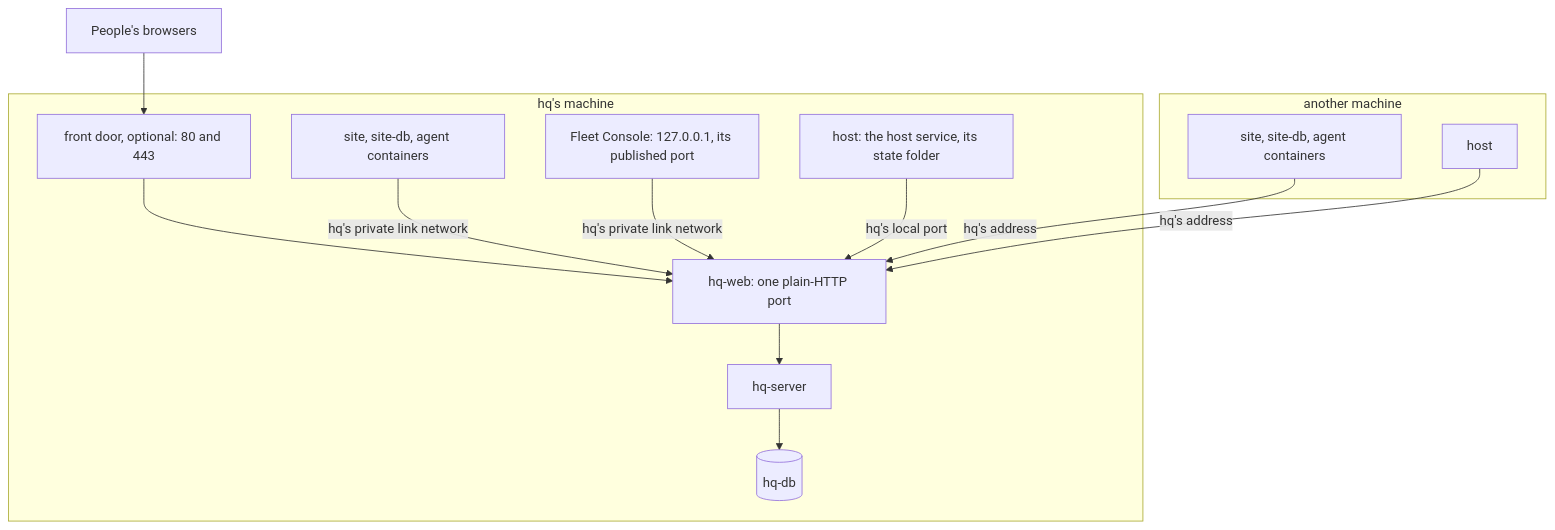
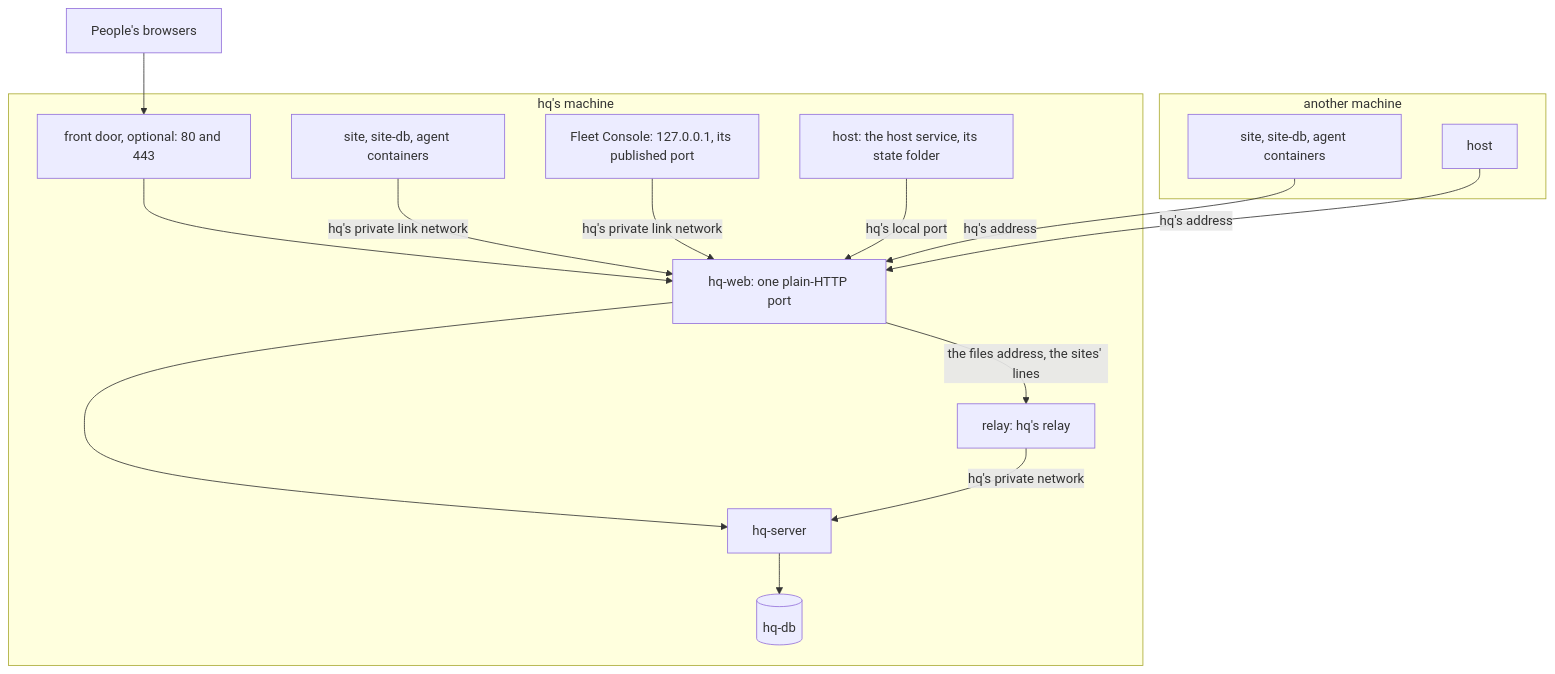
Before and after one commit to solution84-com/agenthix: the diagram in docs/architecture/deployment.md, drawn with Mermaid. The commit also changed other lines of this file and 42 other files, not shown here.

Commit message:
docs: files and relays in the architecture, concepts and user guide; notes on the decision records this changed; the QA contract — stories US-390 to US-397 and scenarios SC-1447 to SC-1595

````diff
--- a/docs/architecture/deployment.md
+++ b/docs/architecture/deployment.md
@@ -13,23 +13,26 @@
 ```mermaid
 flowchart TB
     subgraph A ["hq's machine"]
         HOST1["host: the host service, its state folder"]
         HQW["hq-web: one plain-HTTP port"]
         HQS["hq-server"]
         HQD[("hq-db")]
+        RL["relay: hq's relay"]
         S1["site, site-db, agent containers"]
         HM["Fleet Console: 127.0.0.1, its published port"]
         FD["front door, optional: 80 and 443"]
     end
     subgraph B ["another machine"]
         HOST2["host"]
         S2["site, site-db, agent containers"]
     end
     P["People's browsers"] --> FD --> HQW
     HQW --> HQS --> HQD
+    HQW -->|"the files address, the sites' lines"| RL
+    RL -->|"hq's private network"| HQS
     S1 -->|"hq's private link network"| HQW
     HM -->|"hq's private link network"| HQW
     HOST1 -->|"hq's local port"| HQW
     S2 -->|"hq's address"| HQW
     HOST2 -->|"hq's address"| HQW
 ```
````
